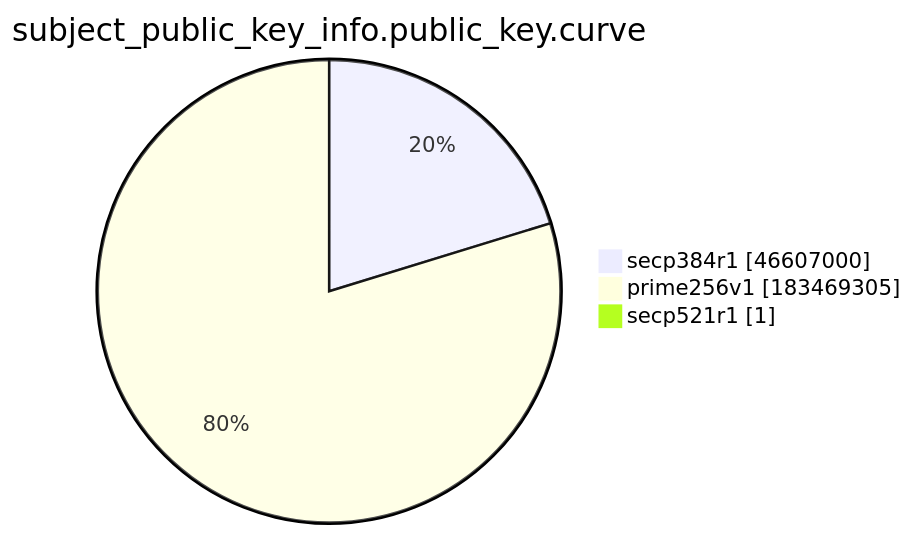
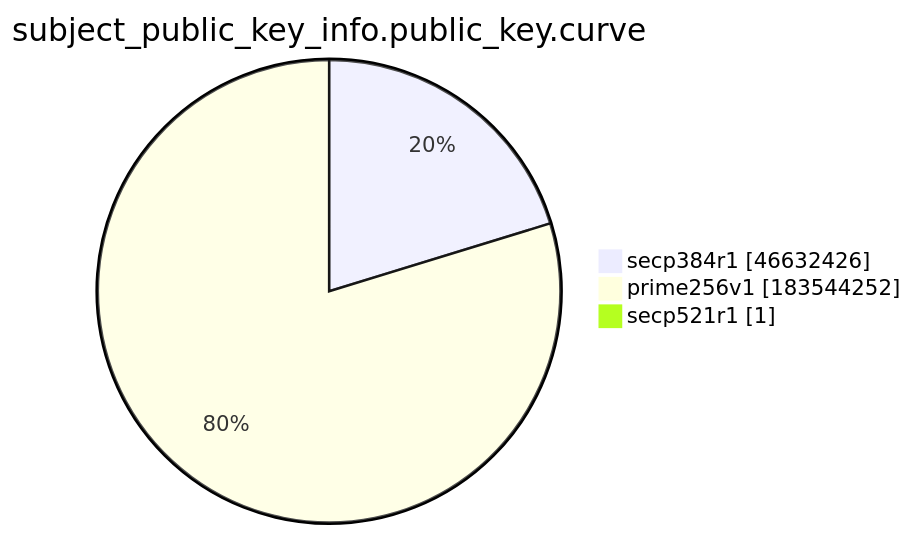
Before and after one commit to christiankrug/ctmonitor_visualization: the ninth of 15 diagrams in xenon2022/README.md, drawn with Mermaid. The commit also changed other lines of this file, not shown here.

````diff
--- a/xenon2022/README.md
+++ b/xenon2022/README.md
@@ -2874,7 +2874,7 @@
 ```mermaid
 pie showData
 title subject_public_key_info.public_key.curve
-"secp384r1" :46607000
-"prime256v1" :183469305
+"secp384r1" :46632426
+"prime256v1" :183544252
 "secp521r1" :1
 ```
````
